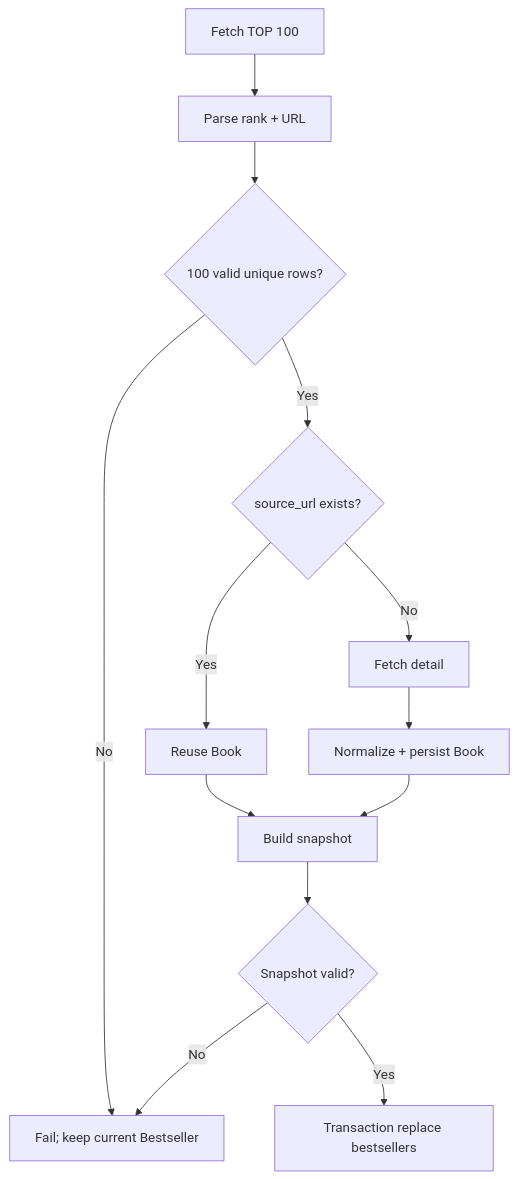
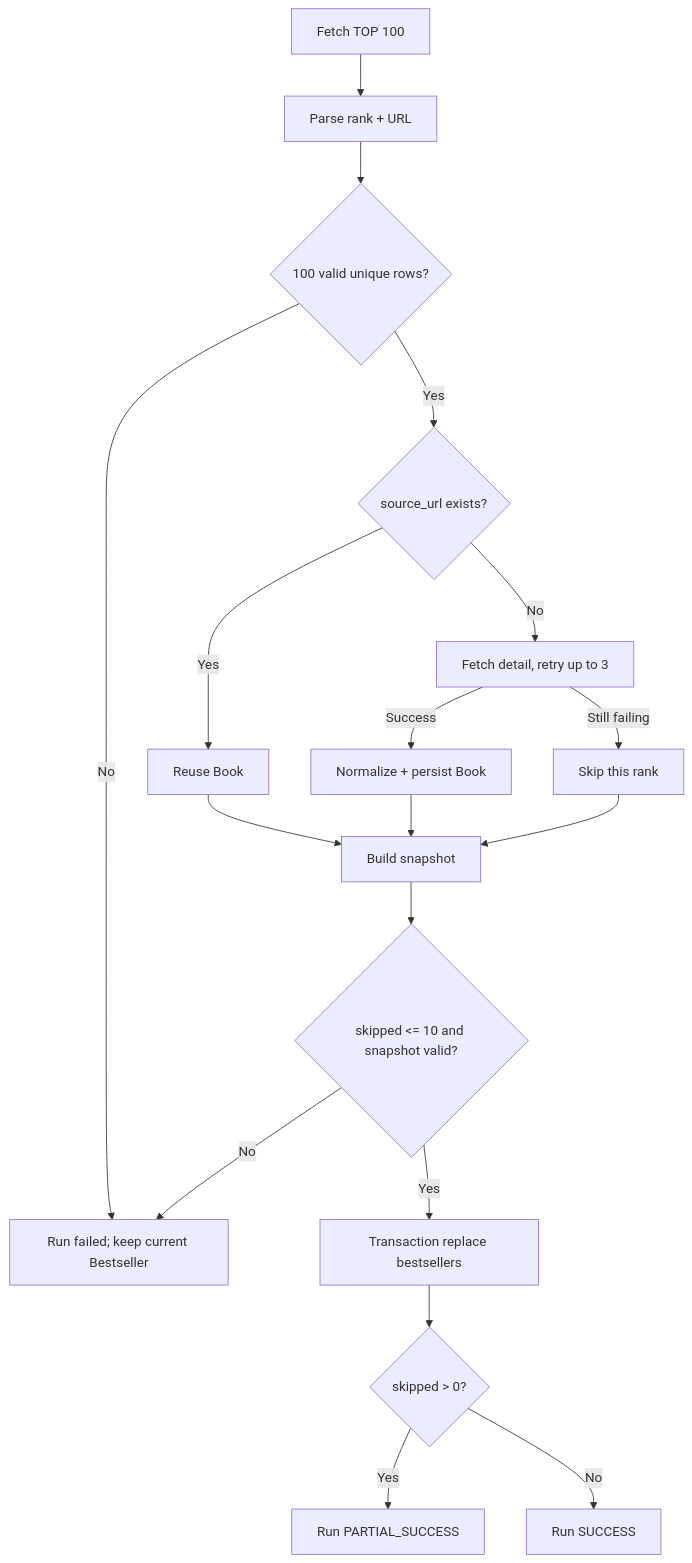
One commit to Arthur801/Book-Finder changed the diagram in Docs/modules/crawler.md. Above: the diagram before and after it, drawn with Mermaid. The commit also changed other lines of this file and 1 other file, not shown here.

````diff
--- a/Docs/modules/crawler.md
+++ b/Docs/modules/crawler.md
@@ -36,15 +35,20 @@
 ```mermaid
 flowchart TD
     A[Fetch TOP 100] --> B[Parse rank + URL]
     B --> C{100 valid unique rows?}
-    C -->|No| X[Fail; keep current Bestseller]
+    C -->|No| X[Run failed; keep current Bestseller]
     C -->|Yes| D{source_url exists?}
     D -->|Yes| E[Reuse Book]
-    D -->|No| F[Fetch detail]
-    F --> G[Normalize + persist Book]
+    D -->|No| F[Fetch detail, retry up to 3]
+    F -->|Success| G[Normalize + persist Book]
+    F -->|Still failing| S[Skip this rank]
     E --> H[Build snapshot]
     G --> H
-    H --> I{Snapshot valid?}
+    S --> H
+    H --> I{skipped <= 10 and snapshot valid?}
     I -->|No| X
     I -->|Yes| J[Transaction replace bestsellers]
+    J --> K{skipped > 0?}
+    K -->|Yes| P[Run PARTIAL_SUCCESS]
+    K -->|No| Q[Run SUCCESS]
 ```
````
